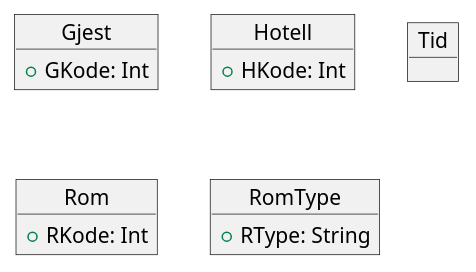
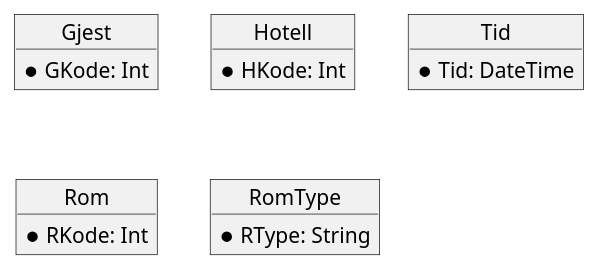
Before and after one commit to Vatnar/UIAOBSIDIAN: the first of 2 diagrams in 25V/IKT105 Datamodellering og Databaser/Jan/01.29 Datamodellering.md, drawn with PlantUML. The commit also changed other lines of this file, not shown here.

Commit message:
vault backup: 2025-01-29 13:05:02

````diff
--- a/25V/IKT105 Datamodellering og Databaser/Jan/01.29 Datamodellering.md
+++ b/25V/IKT105 Datamodellering og Databaser/Jan/01.29 Datamodellering.md
@@ -11,23 +11,23 @@
 ```plantuml
 @startuml
 
 object Gjest {
-  +GKode: Int
+  *GKode: Int
 }
 
 object Hotell {
-  +HKode: Int
+  *HKode: Int
 }
 object Tid{
-
+*Tid: DateTime
 }
 
 object Rom {
-  +RKode: Int
+  *RKode: Int
 }
 object RomType {
-+RType: String
+*RType: String
 }
 
 @enduml
 ```
````
